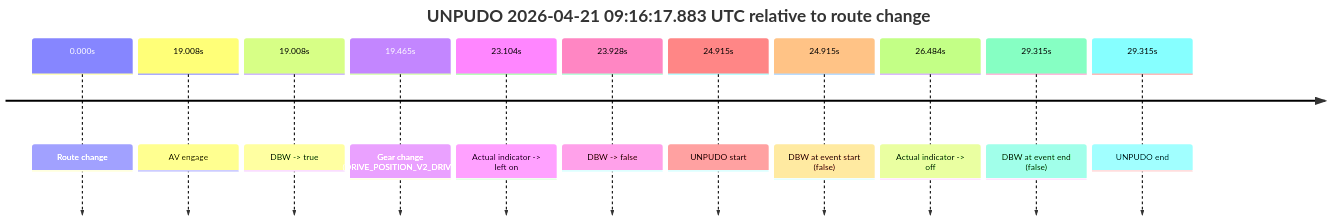
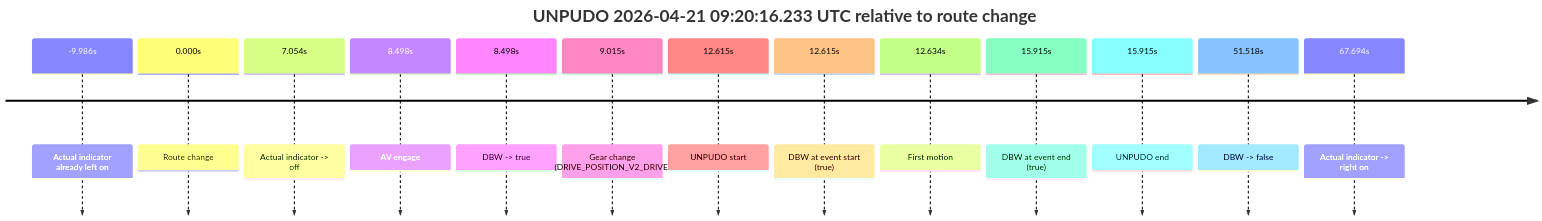
One commit to yoelshapiro/vault changed the seventh of 8 diagrams in model_analysis/report_cards/2026/04/Week-4/fme20009--2026-04-21--08-16-59--gen2-av-779e4337-43b6-4e32-9718-20d15fff1773.md. Above: the diagram before and after it, drawn with Mermaid. The commit also changed other lines of this file and 1 other file, not shown here.

````diff
--- a/model_analysis/report_cards/2026/04/Week-4/fme20009--2026-04-21--08-16-59--gen2-av-779e4337-43b6-4e32-9718-20d15fff1773.md
+++ b/model_analysis/report_cards/2026/04/Week-4/fme20009--2026-04-21--08-16-59--gen2-av-779e4337-43b6-4e32-9718-20d15fff1773.md
@@ -325,15 +604,17 @@
 ```mermaid
 timeline
-    title UNPUDO 2026-04-21 09:16:17.883 UTC relative to route change
+    title UNPUDO 2026-04-21 09:20:16.233 UTC relative to route change
+    -9.986s : Actual indicator already left on
     0.000s : Route change
-    19.008s : AV engage
-    19.008s : DBW -> true
-    19.465s : Gear change (DRIVE_POSITION_V2_DRIVE)
-    23.104s : Actual indicator -> left on
-    23.928s : DBW -> false
-    24.915s : UNPUDO start
-    24.915s : DBW at event start (false)
-    26.484s : Actual indicator -> off
-    29.315s : DBW at event end (false)
-    29.315s : UNPUDO end
+    7.054s : Actual indicator -> off
+    8.498s : AV engage
+    8.498s : DBW -> true
+    9.015s : Gear change (DRIVE_POSITION_V2_DRIVE)
+    12.615s : UNPUDO start
+    12.615s : DBW at event start (true)
+    12.634s : First motion
+    15.915s : DBW at event end (true)
+    15.915s : UNPUDO end
+    51.518s : DBW -> false
+    67.694s : Actual indicator -> right on
 ```
````
